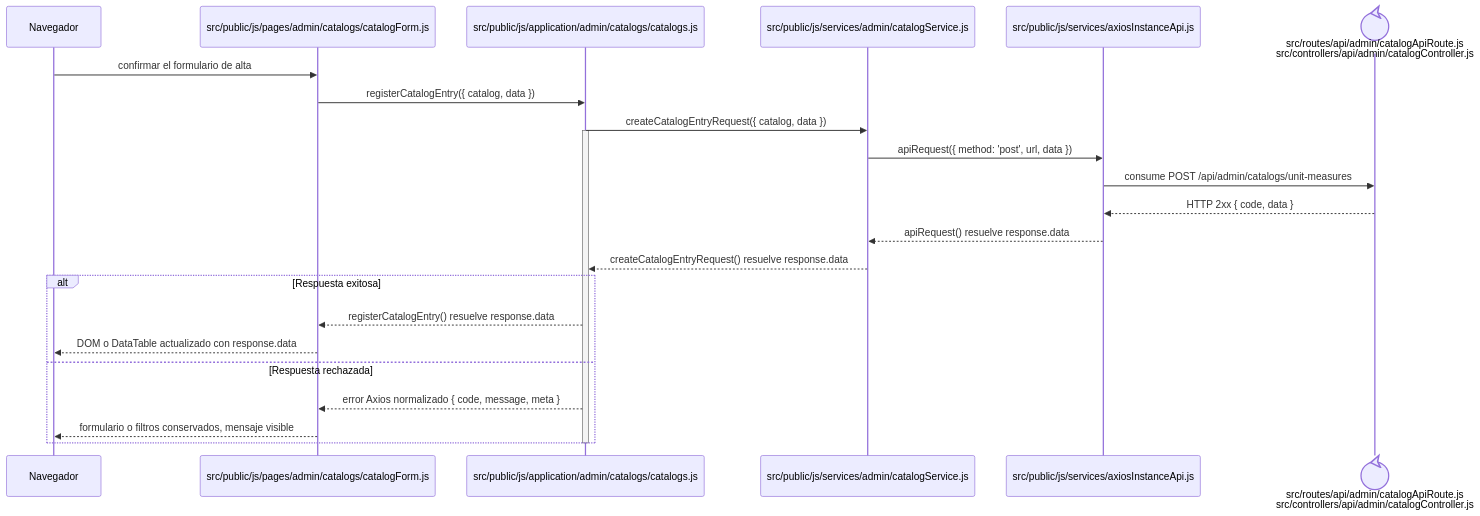
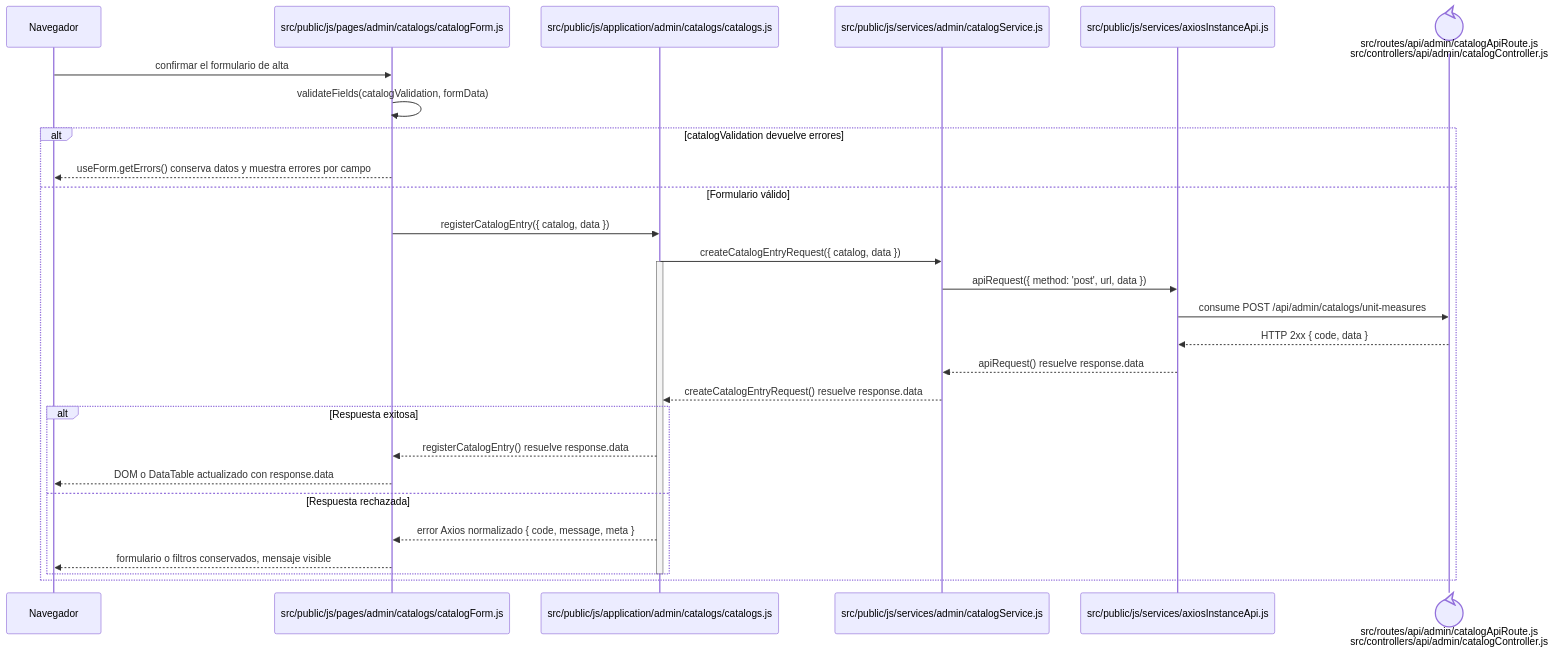
Before and after one commit to gpgsistemas01/nexus: the diagram in docs/architecture/frontend-code-sequences/catalogs/cu-cat-19.md, drawn with Mermaid. The commit also changed 102 other files, not shown here.

````diff
--- a/docs/architecture/frontend-code-sequences/catalogs/cu-cat-19.md
+++ b/docs/architecture/frontend-code-sequences/catalogs/cu-cat-19.md
@@ -6,27 +6,32 @@
 ```mermaid
 sequenceDiagram
     participant Browser as Navegador
     participant View as src/public/js/pages/admin/catalogs/catalogForm.js
     participant Application as src/public/js/application/admin/catalogs/catalogs.js
     participant Request as src/public/js/services/admin/catalogService.js
     participant HTTP as src/public/js/services/axiosInstanceApi.js
     participant Transport@{ "type": "control" } as src/routes/api/admin/catalogApiRoute.js<br/>src/controllers/api/admin/catalogController.js
 
     Browser->>View: confirmar el formulario de alta
-    View->>Application: registerCatalogEntry({ catalog, data })
-    Application->>Request: createCatalogEntryRequest({ catalog, data })
-    activate Application
-    Request->>HTTP: apiRequest({ method: 'post', url, data })
-    HTTP->>Transport: consume POST /api/admin/catalogs/unit-measures
-    Transport-->>HTTP: HTTP 2xx { code, data }
-    HTTP-->>Request: apiRequest() resuelve response.data
-    Request-->>Application: createCatalogEntryRequest() resuelve response.data
-    alt Respuesta exitosa
-        Application-->>View: registerCatalogEntry() resuelve response.data
-        View-->>Browser: DOM o DataTable actualizado con response.data
-    else Respuesta rechazada
-        Application-->>View: error Axios normalizado { code, message, meta }
-        View-->>Browser: formulario o filtros conservados, mensaje visible
+    View->>View: validateFields(catalogValidation, formData)
+    alt catalogValidation devuelve errores
+        View-->>Browser: useForm.getErrors() conserva datos y muestra errores por campo
+    else Formulario válido
+        View->>Application: registerCatalogEntry({ catalog, data })
+        Application->>Request: createCatalogEntryRequest({ catalog, data })
+        activate Application
+        Request->>HTTP: apiRequest({ method: 'post', url, data })
+        HTTP->>Transport: consume POST /api/admin/catalogs/unit-measures
+        Transport-->>HTTP: HTTP 2xx { code, data }
+        HTTP-->>Request: apiRequest() resuelve response.data
+        Request-->>Application: createCatalogEntryRequest() resuelve response.data
+        alt Respuesta exitosa
+            Application-->>View: registerCatalogEntry() resuelve response.data
+            View-->>Browser: DOM o DataTable actualizado con response.data
+        else Respuesta rechazada
+            Application-->>View: error Axios normalizado { code, message, meta }
+            View-->>Browser: formulario o filtros conservados, mensaje visible
+        end
+        deactivate Application
     end
-    deactivate Application
 ```
````
